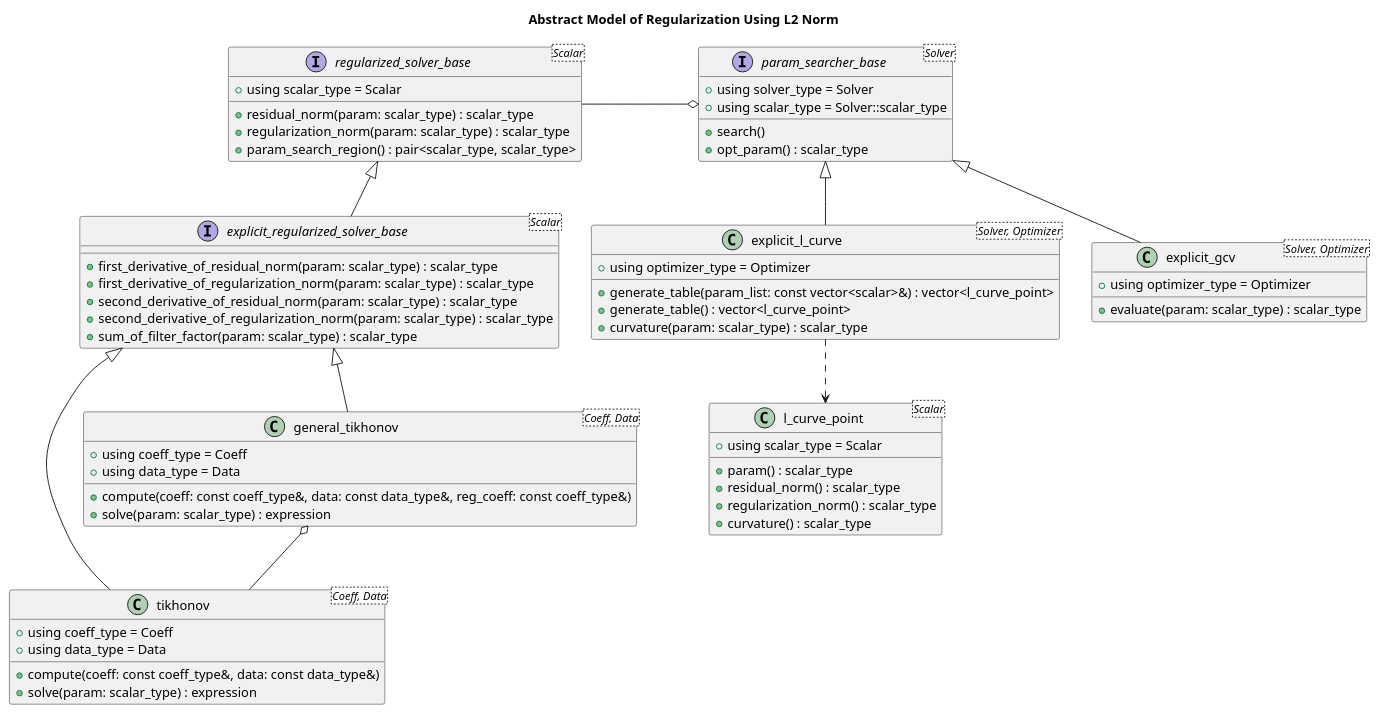
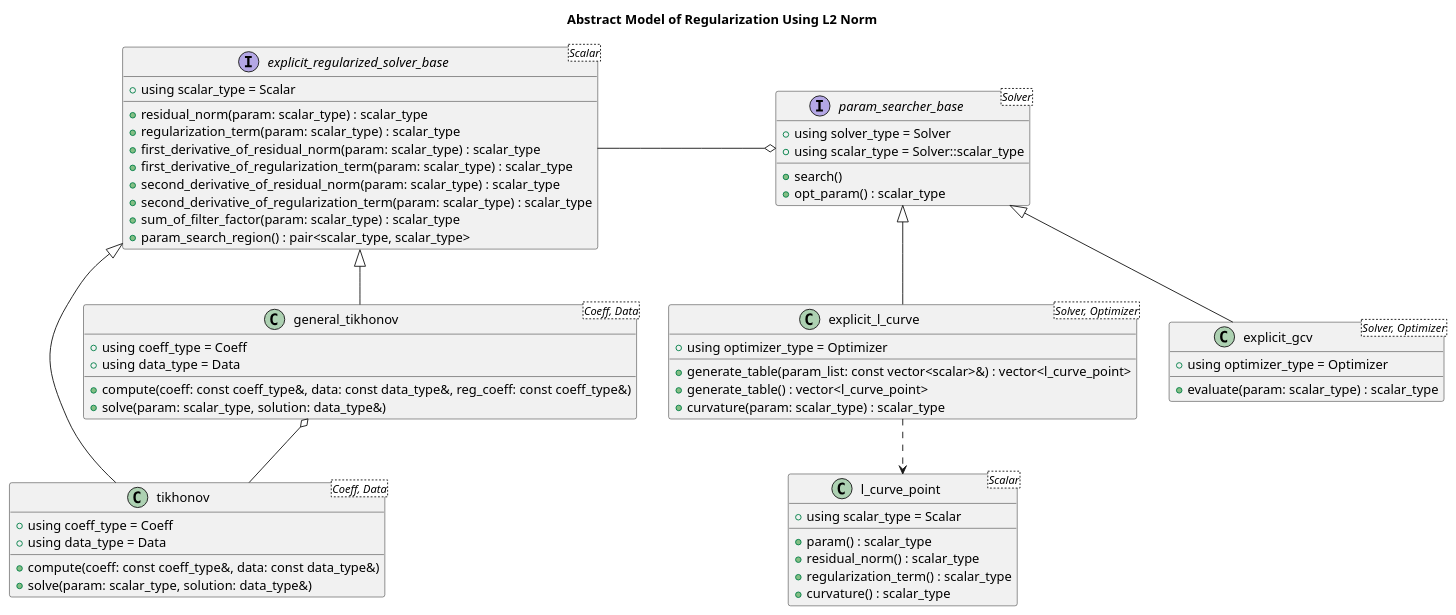
One commit to MusicScience37/numerical-collection-cpp changed the diagram in doc/sphinx/src/basic_design/regularization.rst. Above: the diagram before and after it, drawn with PlantUML. The commit also changed 7 other files, not shown here.

```diff
--- a/doc/sphinx/src/basic_design/regularization.rst
+++ b/doc/sphinx/src/basic_design/regularization.rst
@@ -7,67 +7,63 @@
 .. uml::
 
     title Abstract Model of Regularization Using L2 Norm
 
-    interface regularized_solver_base<Scalar> {
+    interface explicit_regularized_solver_base<Scalar> {
         + using scalar_type = Scalar
         + residual_norm(param: scalar_type) : scalar_type
-        + regularization_norm(param: scalar_type) : scalar_type
+        + regularization_term(param: scalar_type) : scalar_type
+        + first_derivative_of_residual_norm(param: scalar_type) : scalar_type
+        + first_derivative_of_regularization_term(param: scalar_type) : scalar_type
+        + second_derivative_of_residual_norm(param: scalar_type) : scalar_type
+        + second_derivative_of_regularization_term(param: scalar_type) : scalar_type
+        + sum_of_filter_factor(param: scalar_type) : scalar_type
         + param_search_region() : pair<scalar_type, scalar_type>
     }
-
-    interface explicit_regularized_solver_base<Scalar> {
-        + first_derivative_of_residual_norm(param: scalar_type) : scalar_type
-        + first_derivative_of_regularization_norm(param: scalar_type) : scalar_type
-        + second_derivative_of_residual_norm(param: scalar_type) : scalar_type
-        + second_derivative_of_regularization_norm(param: scalar_type) : scalar_type
-        + sum_of_filter_factor(param: scalar_type) : scalar_type
-    }
-    regularized_solver_base <|-- explicit_regularized_solver_base
 
     class tikhonov<Coeff, Data> {
         + using coeff_type = Coeff
         + using data_type = Data
         + compute(coeff: const coeff_type&, data: const data_type&)
-        + solve(param: scalar_type) : expression
+        + solve(param: scalar_type, solution: data_type&)
     }
     explicit_regularized_solver_base <|-- tikhonov
 
     class general_tikhonov<Coeff, Data> {
         + using coeff_type = Coeff
         + using data_type = Data
         + compute(coeff: const coeff_type&, data: const data_type&, reg_coeff: const coeff_type&)
-        + solve(param: scalar_type) : expression
+        + solve(param: scalar_type, solution: data_type&)
     }
     explicit_regularized_solver_base <|-- general_tikhonov
     general_tikhonov o-- tikhonov
 
     interface param_searcher_base<Solver> {
         + using solver_type = Solver
         + using scalar_type = Solver::scalar_type
         + search()
         + opt_param() : scalar_type
     }
-    param_searcher_base o-left- regularized_solver_base
+    param_searcher_base o-left- explicit_regularized_solver_base
 
     class l_curve_point<Scalar> {
         + using scalar_type = Scalar
         + param() : scalar_type
         + residual_norm() : scalar_type
-        + regularization_norm() : scalar_type
+        + regularization_term() : scalar_type
         + curvature() : scalar_type
     }
 
     class explicit_l_curve<Solver, Optimizer> {
         + using optimizer_type = Optimizer
         + generate_table(param_list: const vector<scalar>&) : vector<l_curve_point>
         + generate_table() : vector<l_curve_point>
         + curvature(param: scalar_type) : scalar_type
     }
     param_searcher_base <|-- explicit_l_curve
     explicit_l_curve ..> l_curve_point
 
     class explicit_gcv<Solver, Optimizer> {
         + using optimizer_type = Optimizer
         + evaluate(param: scalar_type) : scalar_type
     }
     param_searcher_base <|-- explicit_gcv
```
